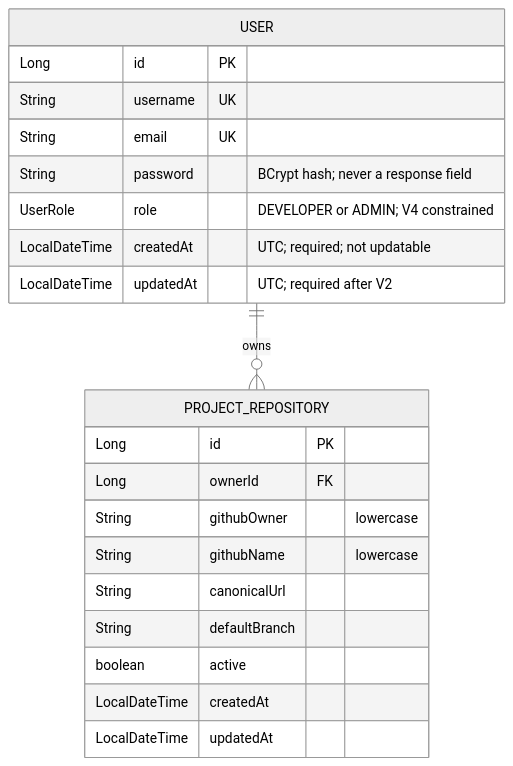
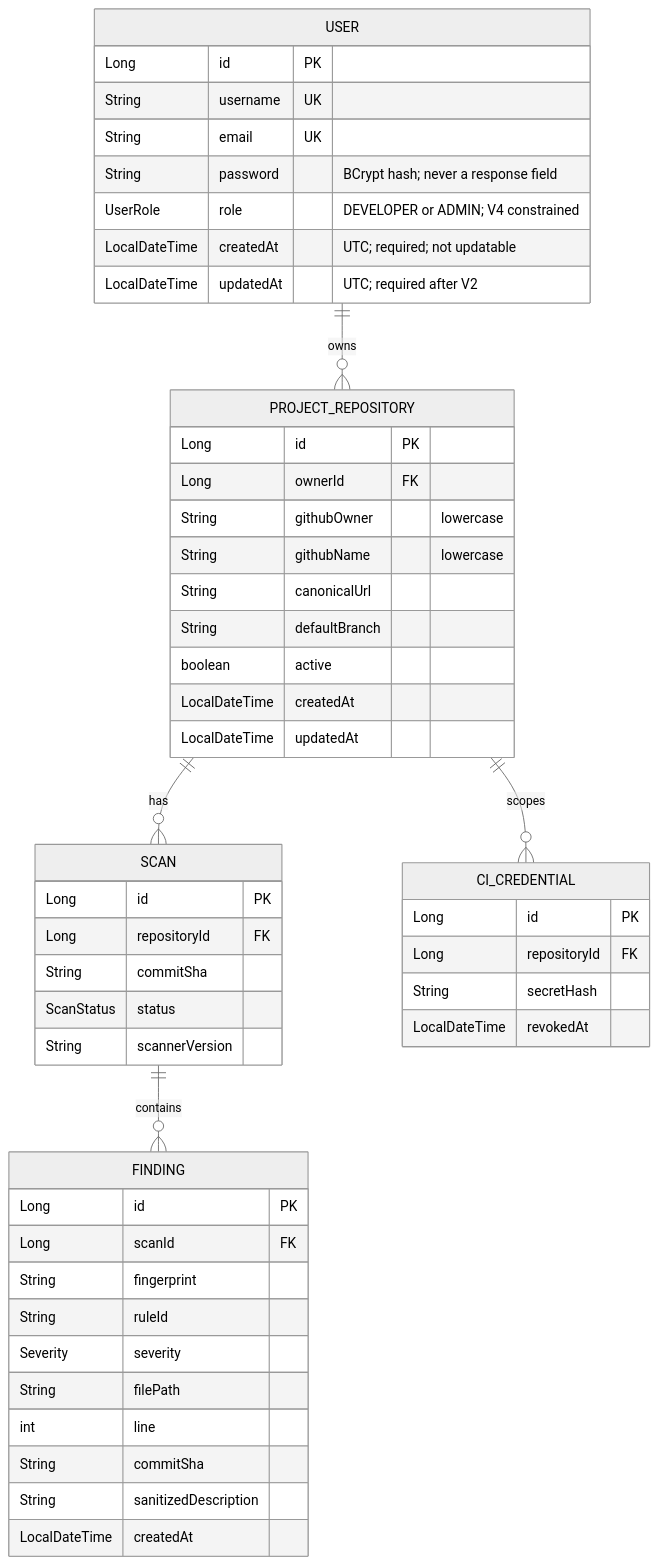
One commit to aasthashrimal/Secret-Shield changed the first of 2 diagrams in docs/data-model.md. Above: the diagram before and after it, drawn with Mermaid (neutral theme). The commit also changed other lines of this file and 23 other files, not shown here.

````diff
--- a/docs/data-model.md
+++ b/docs/data-model.md
@@ -30,24 +30,52 @@
 ```mermaid
 erDiagram
     USER ||--o{ PROJECT_REPOSITORY : owns
     USER {
         Long id PK
         String username UK
         String email UK
         String password "BCrypt hash; never a response field"
         UserRole role "DEVELOPER or ADMIN; V4 constrained"
         LocalDateTime createdAt "UTC; required; not updatable"
         LocalDateTime updatedAt "UTC; required after V2"
     }
     PROJECT_REPOSITORY {
         Long id PK
         Long ownerId FK
         String githubOwner "lowercase"
         String githubName "lowercase"
         String canonicalUrl
         String defaultBranch
         boolean active
         LocalDateTime createdAt
         LocalDateTime updatedAt
     }
+    PROJECT_REPOSITORY ||--o{ SCAN : has
+    PROJECT_REPOSITORY ||--o{ CI_CREDENTIAL : scopes
+    SCAN ||--o{ FINDING : contains
+    SCAN {
+        Long id PK
+        Long repositoryId FK
+        String commitSha
+        ScanStatus status
+        String scannerVersion
+    }
+    CI_CREDENTIAL {
+        Long id PK
+        Long repositoryId FK
+        String secretHash
+        LocalDateTime revokedAt
+    }
+    FINDING {
+        Long id PK
+        Long scanId FK
+        String fingerprint
+        String ruleId
+        Severity severity
+        String filePath
+        int line
+        String commitSha
+        String sanitizedDescription
+        LocalDateTime createdAt
+    }
 ```
````
